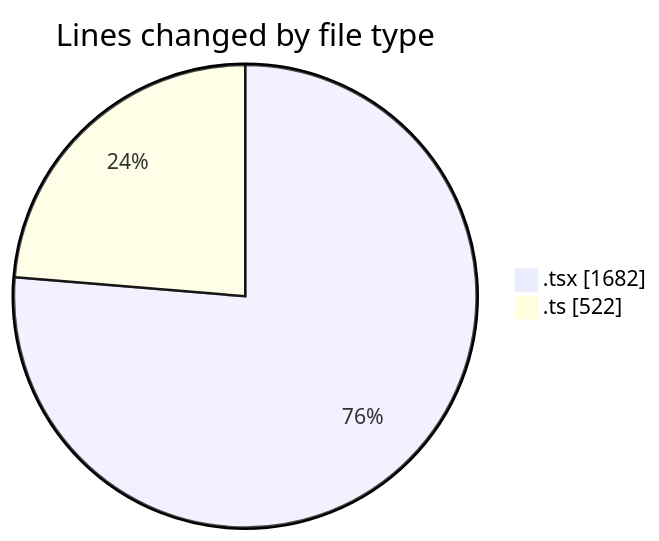
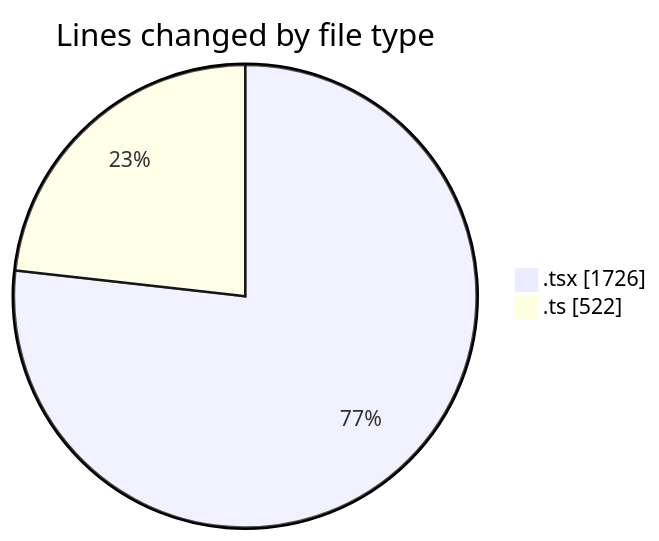
One commit to nxtqubesakshisongat/code-tracking changed the first of 2 diagrams in 2026-04-03/nxtqube_webapp/README.md. Above: the diagram before and after it, drawn with Mermaid. The commit also changed other lines of this file and 1 other file, not shown here.

````diff
--- a/2026-04-03/nxtqube_webapp/README.md
+++ b/2026-04-03/nxtqube_webapp/README.md
@@ -22,6 +22,6 @@
 ```mermaid
 pie showData
 title Lines changed by file type
-".tsx" : 1682
+".tsx" : 1726
 ".ts" : 522
 ```
````
